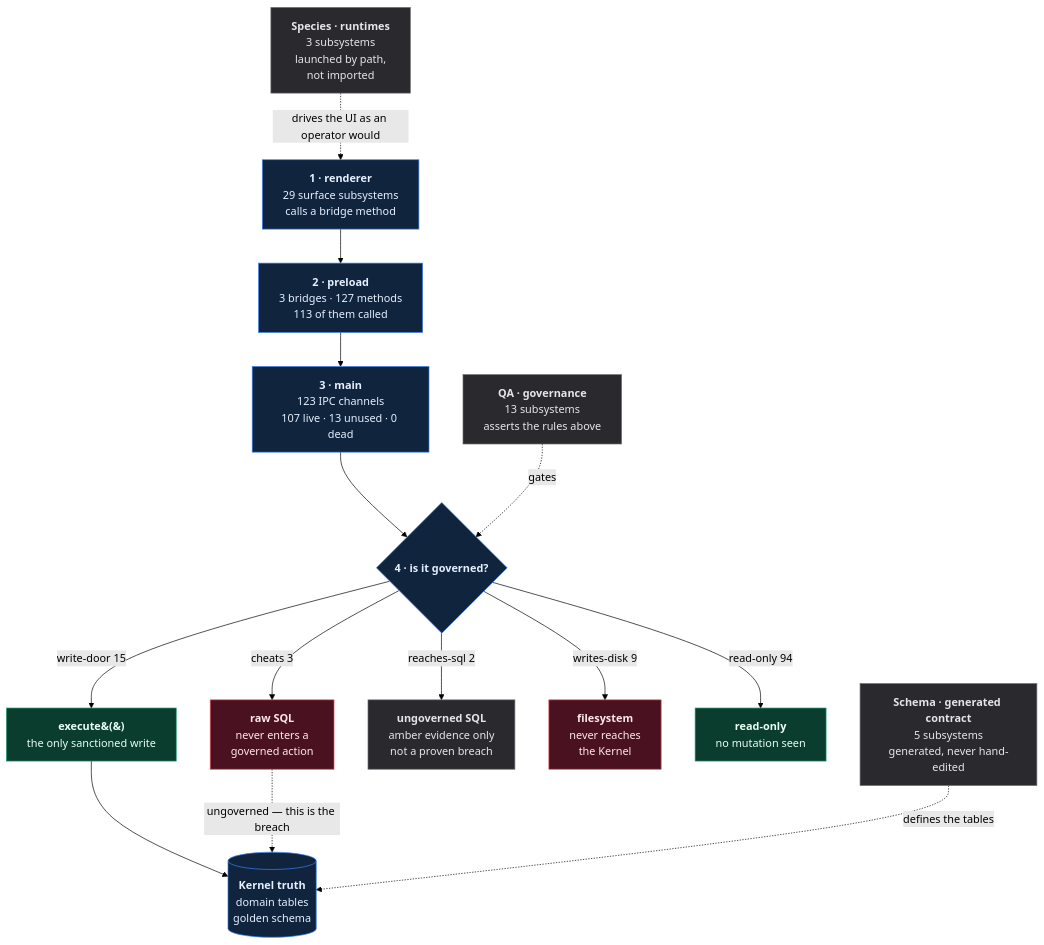
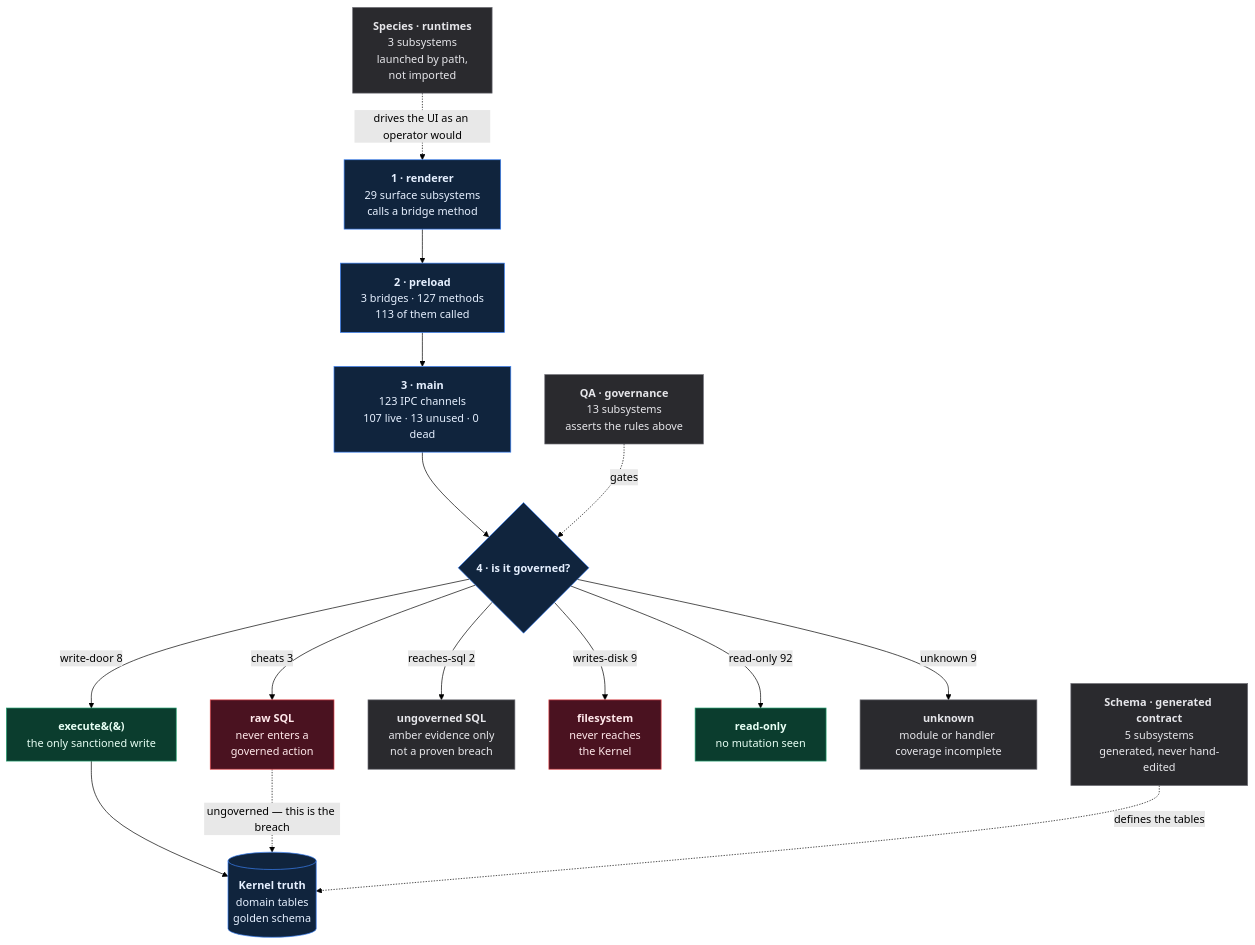
The diagram in qf-atlas/ATLAS.md (SidNig21/QuantFlow-Ontology), drawn with Mermaid (forest theme) before and after one commit. The commit also changed other lines of this file and 8 other files, not shown here.

````diff
--- a/qf-atlas/ATLAS.md
+++ b/qf-atlas/ATLAS.md
@@ -32,38 +32,40 @@
 ```mermaid
 flowchart TD
   R["<b>1 · renderer</b><br/>29 surface subsystems<br/>calls a bridge method"]
   P["<b>2 · preload</b><br/>3 bridges · 127 methods<br/>113 of them called"]
   M["<b>3 · main</b><br/>123 IPC channels<br/>107 live · 13 unused · 0 dead"]
   H{"<b>4 · is it governed?</b>"}
   E["<b>execute&#40;&#41;</b><br/>the only sanctioned write"]
   DB[("<b>Kernel truth</b><br/>domain tables<br/>golden schema")]
 
   R --> P --> M --> H
-  H -->|"write-door 15"| E
+  H -->|"write-door 8"| E
   E --> DB
   X["<b>raw SQL</b><br/>never enters a<br/>governed action"]
   H -->|"cheats 3"| X
   A["<b>ungoverned SQL</b><br/>amber evidence only<br/>not a proven breach"]
   H -->|"reaches-sql 2"| A
   FS["<b>filesystem</b><br/>never reaches<br/>the Kernel"]
   H -->|"writes-disk 9"| FS
   RO["<b>read-only</b><br/>no mutation seen"]
-  H -->|"read-only 94"| RO
+  H -->|"read-only 92"| RO
+  U["<b>unknown</b><br/>module or handler coverage incomplete"]
+  H -->|"unknown 9"| U
   X -.->|"ungoverned — this is the breach"| DB
 
   QA["<b>QA · governance</b><br/>13 subsystems<br/>asserts the rules above"]
   SP["<b>Species · runtimes</b><br/>3 subsystems<br/>launched by path,<br/>not imported"]
   SC["<b>Schema · generated contract</b><br/>5 subsystems<br/>generated, never hand-edited"]
   QA -.->|"gates"| H
   SC -.->|"defines the tables"| DB
   SP -.->|"drives the UI as an operator would"| R
 
   classDef good fill:#0b3d2e,stroke:#1f9d6b,color:#e8fff5
   classDef bad fill:#4a1220,stroke:#e5484d,color:#ffe8ea
   classDef gray fill:#2a2a2e,stroke:#6b6b73,color:#e6e6ea
   classDef truth fill:#10243d,stroke:#3b82f6,color:#e6f0ff
   class E,RO good
   class X,FS bad
-  class A,QA,SP,SC gray
+  class A,U,QA,SP,SC gray
   class DB,R,P,M,H truth
 ```
````
